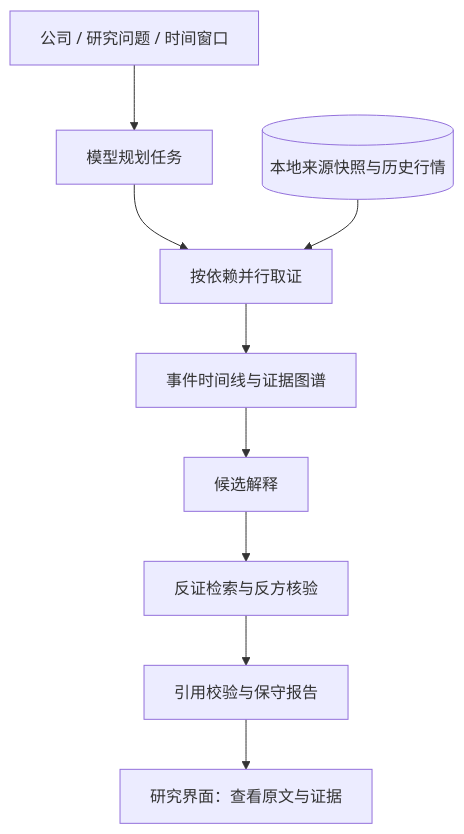
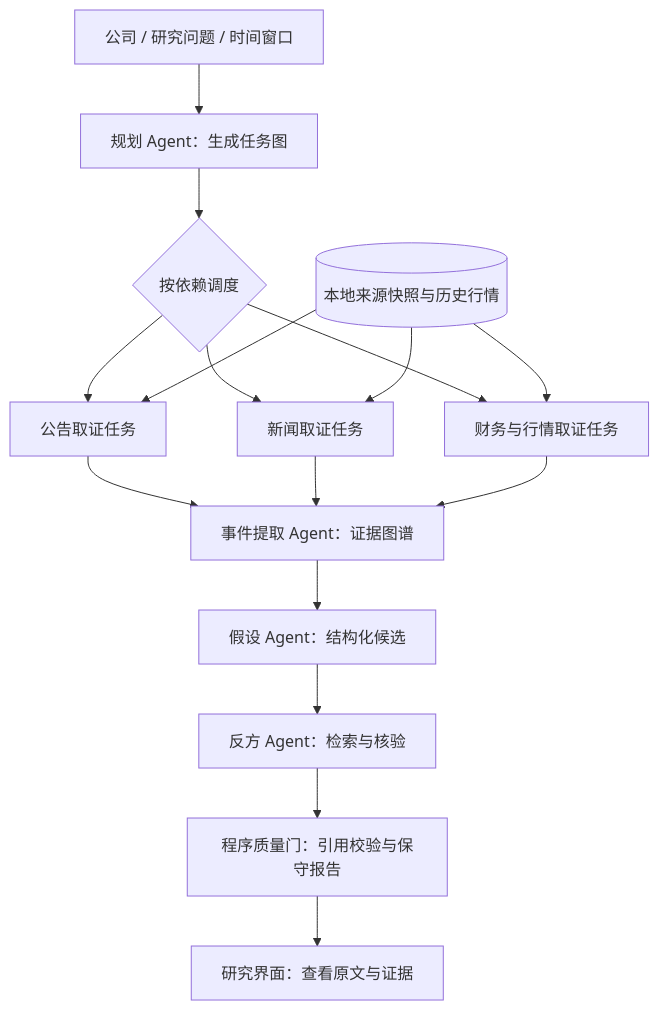
One commit to QIUyf517/event changed the diagram in README.md. Above: the diagram before and after it, drawn with Mermaid. The commit also changed other lines of this file and 6 other files, not shown here.

````diff
--- a/README.md
+++ b/README.md
@@ -18,11 +18,18 @@
 ```mermaid
 flowchart TD
-    A[公司 / 研究问题 / 时间窗口] --> B[模型规划任务]
-    B --> C[按依赖并行取证]
-    D[(本地来源快照与历史行情)] --> C
-    C --> E[事件时间线与证据图谱]
-    E --> F[候选解释]
-    F --> G[反证检索与反方核验]
-    G --> H[引用校验与保守报告]
+    A[公司 / 研究问题 / 时间窗口] --> B[规划 Agent：生成任务图]
+    B --> C{按依赖调度}
+    C --> D1[公告取证任务]
+    C --> D2[新闻取证任务]
+    C --> D3[财务与行情取证任务]
+    S[(本地来源快照与历史行情)] --> D1
+    S --> D2
+    S --> D3
+    D1 --> E[事件提取 Agent：证据图谱]
+    D2 --> E
+    D3 --> E
+    E --> F[假设 Agent：结构化候选]
+    F --> G[反方 Agent：检索与核验]
+    G --> H[程序质量门：引用校验与保守报告]
     H --> I[研究界面：查看原文与证据]
 ```
````
